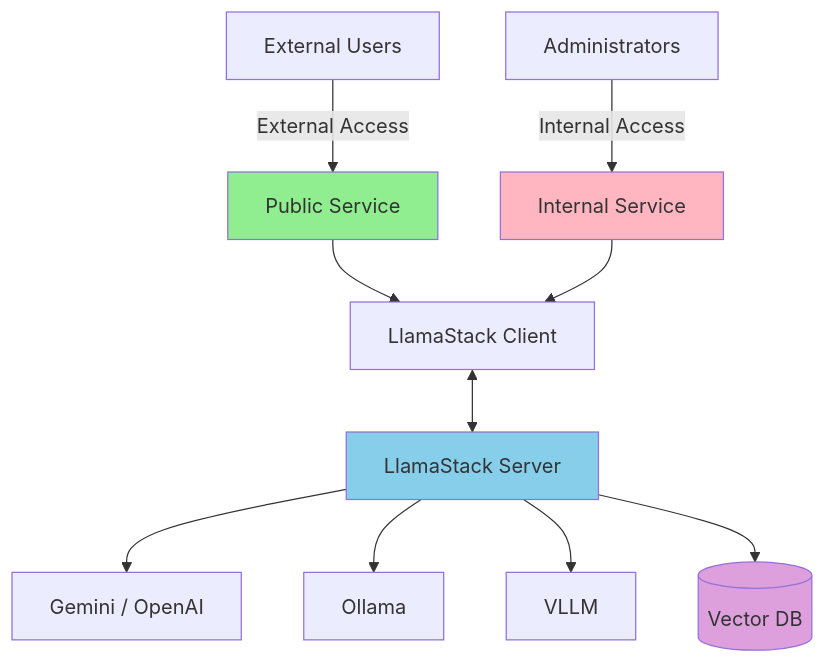
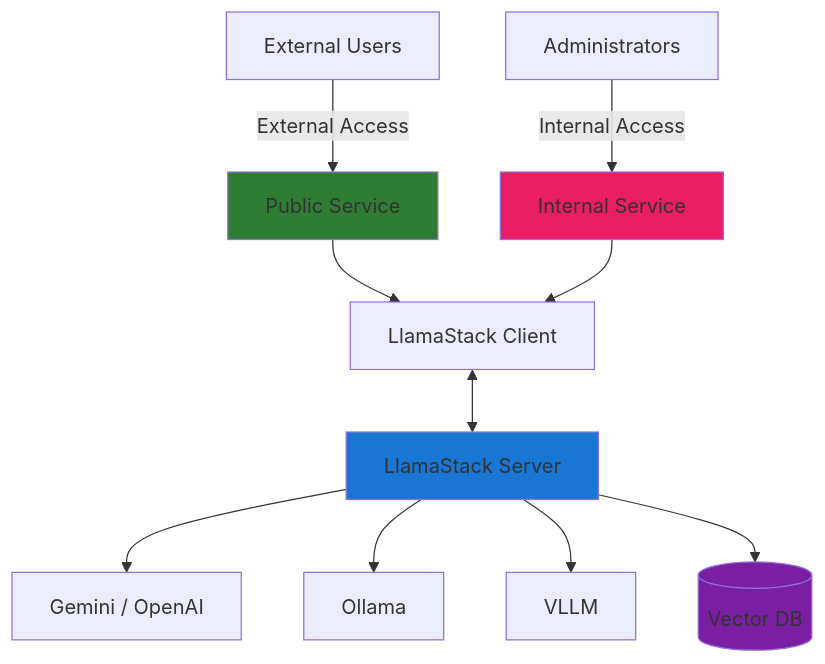
One commit to RedHatProductSecurity/boann-security-risk-agent changed the diagram in README.md. Above: the diagram before and after it, drawn with Mermaid.

Commit message:
improved colors of the diagram elements

````diff
--- a/README.md
+++ b/README.md
@@ -34,36 +34,36 @@
 ```mermaid
 graph TD
     EU[External Users]
     ADM[Administrators]
     
     PS[Public Service]
     IS[Internal Service]
     
     LSC[LlamaStack Client]
     LSS[LlamaStack Server]
     
     LLM1[Gemini / OpenAI]
     LLM2[Ollama]
     LLM3[VLLM]
     
     VDB[(Vector DB)]
     
     EU -->|External Access| PS
     ADM -->|Internal Access| IS
     
     PS --> LSC
     IS --> LSC
     
     LSC <--> LSS
     
     LSS --> LLM1
     LSS --> LLM2
     LSS --> LLM3
     
     LSS --> VDB
     
-    style PS fill:#90EE90
-    style IS fill:#FFB6C1
-    style LSS fill:#87CEEB
-    style VDB fill:#DDA0DD
+    style PS fill:#2E7D32
+    style IS fill:#E91E63
+    style LSS fill:#1976D2
+    style VDB fill:#7B1FA2
 ```
````
